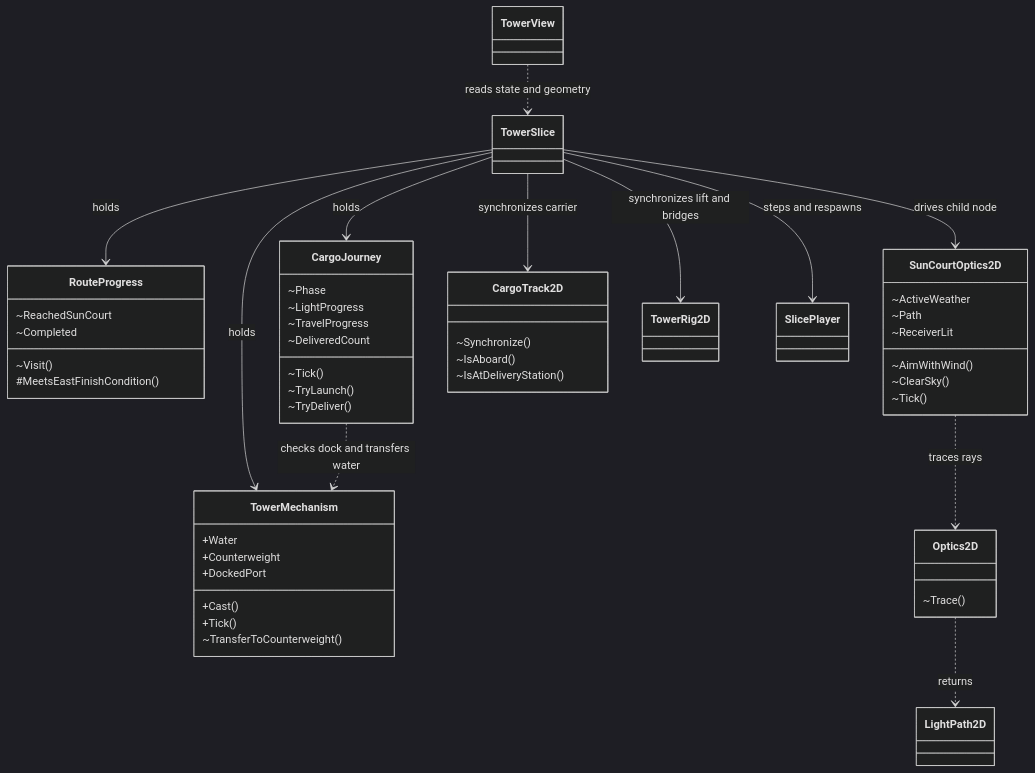
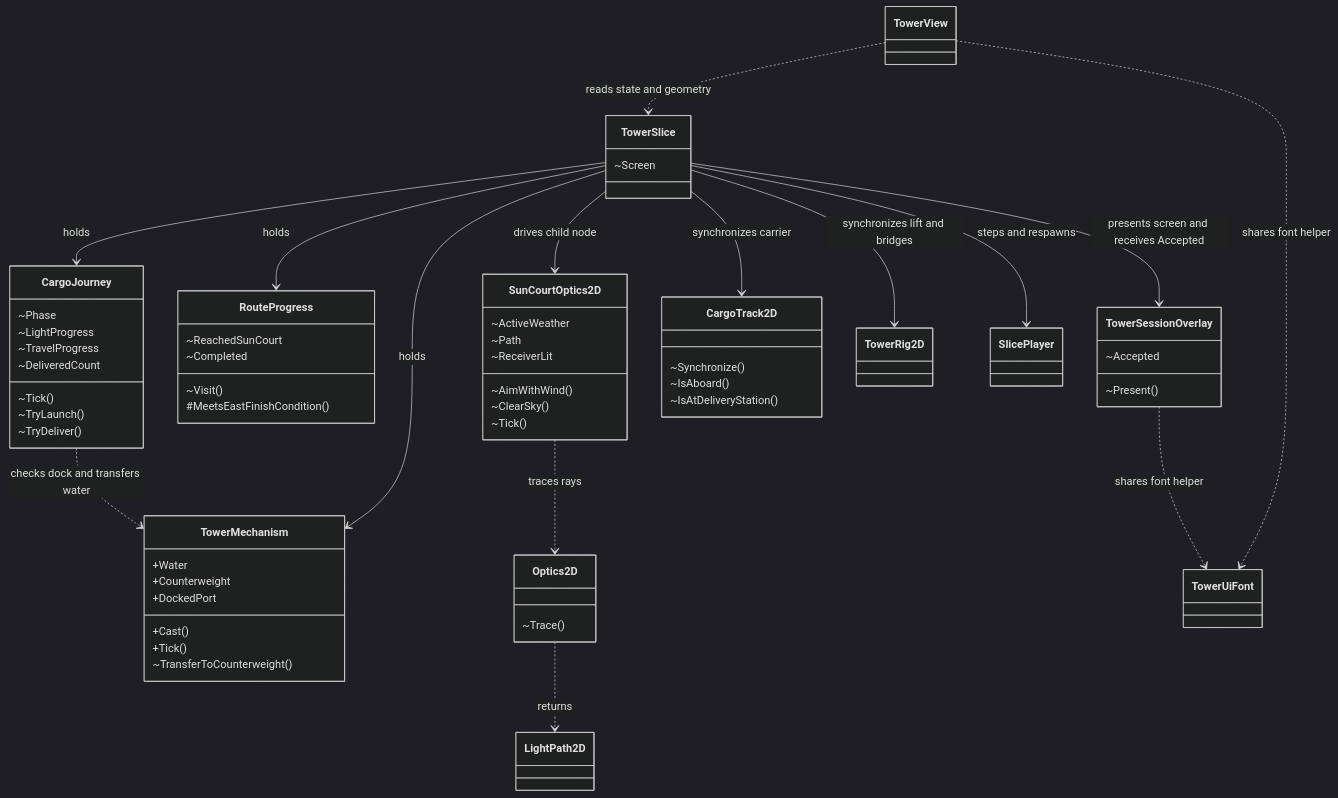
The diagram in BorrowingSun2D/Docs/2D-to-3D/CLASS_MAPS.md (buriallsy/coding_team), drawn with Mermaid (dark theme) before and after one commit. The commit also changed other lines of this file and 38 other files, not shown here.

````diff
--- a/BorrowingSun2D/Docs/2D-to-3D/CLASS_MAPS.md
+++ b/BorrowingSun2D/Docs/2D-to-3D/CLASS_MAPS.md
@@ -7,54 +7,64 @@
 ```mermaid
 classDiagram
 direction TB
+class TowerSlice {
+  ~Screen
+}
+class TowerSessionOverlay {
+  ~Accepted
+  ~Present()
+}
 class TowerMechanism {
   +Water
   +Counterweight
   +DockedPort
   +Cast()
   +Tick()
   ~TransferToCounterweight()
 }
 class RouteProgress {
   ~ReachedSunCourt
   ~Completed
   ~Visit()
   #MeetsEastFinishCondition()
 }
 class CargoJourney {
   ~Phase
   ~LightProgress
   ~TravelProgress
   ~DeliveredCount
   ~Tick()
   ~TryLaunch()
   ~TryDeliver()
 }
 class SunCourtOptics2D {
   ~ActiveWeather
   ~Path
   ~ReceiverLit
   ~AimWithWind()
   ~ClearSky()
   ~Tick()
 }
 class Optics2D {
   ~Trace()
 }
 class CargoTrack2D {
   ~Synchronize()
   ~IsAboard()
   ~IsAtDeliveryStation()
 }
 TowerSlice --> TowerMechanism : holds
 TowerSlice --> RouteProgress : holds
 TowerSlice --> CargoJourney : holds
 TowerSlice --> TowerRig2D : synchronizes lift and bridges
 TowerSlice --> SunCourtOptics2D : drives child node
 TowerSlice --> CargoTrack2D : synchronizes carrier
 TowerSlice --> SlicePlayer : steps and respawns
+TowerSlice --> TowerSessionOverlay : presents screen and receives Accepted
+TowerView ..> TowerUiFont : shares font helper
+TowerSessionOverlay ..> TowerUiFont : shares font helper
 TowerView ..> TowerSlice : reads state and geometry
 SunCourtOptics2D ..> Optics2D : traces rays
 Optics2D ..> LightPath2D : returns
 CargoJourney ..> TowerMechanism : checks dock and transfers water
 ```
````
